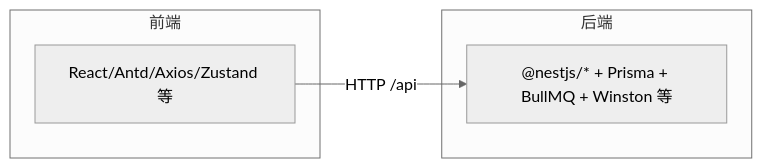
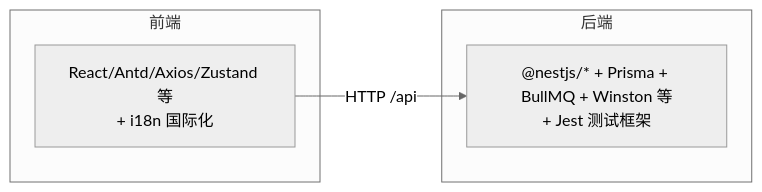
The seventh of 7 diagrams in .qoder/repowiki/zh/content/开发指南.md (LouisFantansy/Budget_Mgt_Enterprise), drawn with Mermaid (neutral theme) before and after one commit. The commit also changed other lines of this file and 10 other files, not shown here.

````diff
--- a/.qoder/repowiki/zh/content/开发指南.md
+++ b/.qoder/repowiki/zh/content/开发指南.md
@@ -230,10 +307,10 @@
 ```mermaid
 graph LR
 subgraph "前端"
-FE_Deps["React/Antd/Axios/Zustand 等"]
+FE_Deps["React/Antd/Axios/Zustand 等<br/>+ i18n 国际化"]
 end
 subgraph "后端"
-BE_Deps["@nestjs/* + Prisma + BullMQ + Winston 等"]
+BE_Deps["@nestjs/* + Prisma + BullMQ + Winston 等<br/>+ Jest 测试框架"]
 end
 FE_Deps --> |HTTP /api| BE_Deps
 ```
````
